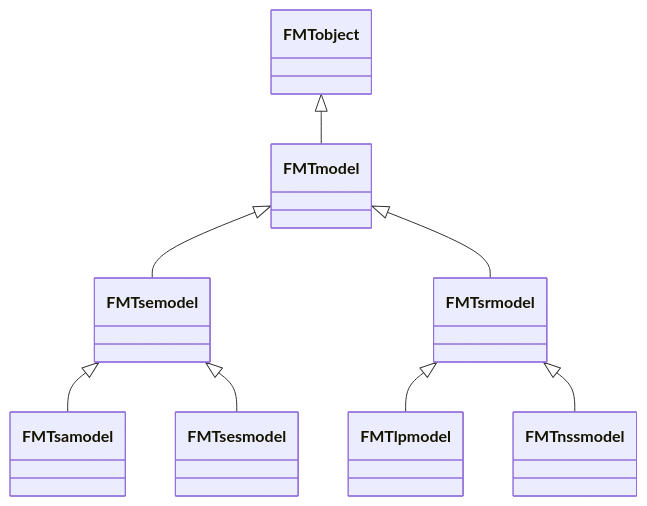
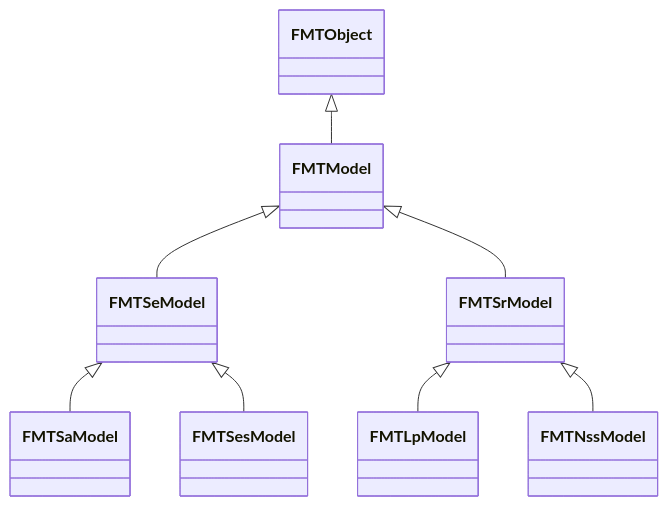
One commit to Bureau-du-Forestier-en-chef/FMTdocs changed the diagram in docSiteContent/content/en/docs/basics/objects_parsing_interrogation.md. Above: the diagram before and after it, drawn with Mermaid. The commit also changed other lines of this file and 15 other files, not shown here.

````diff
--- a/docSiteContent/content/en/docs/basics/objects_parsing_interrogation.md
+++ b/docSiteContent/content/en/docs/basics/objects_parsing_interrogation.md
@@ -83,10 +79,10 @@
 ```mermaid
 classDiagram
-FMTobject <|-- FMTmodel
-FMTmodel <|-- FMTsemodel
-FMTsemodel <|-- FMTsamodel
-FMTsemodel <|-- FMTsesmodel
-FMTmodel <|-- FMTsrmodel
-FMTsrmodel <|-- FMTlpmodel
-FMTsrmodel <|-- FMTnssmodel
+FMTObject <|-- FMTModel
+FMTModel <|-- FMTSeModel
+FMTSeModel <|-- FMTSaModel
+FMTSeModel <|-- FMTSesModel
+FMTModel <|-- FMTSrModel
+FMTSrModel <|-- FMTLpModel
+FMTSrModel <|-- FMTNssModel
 ```
````
